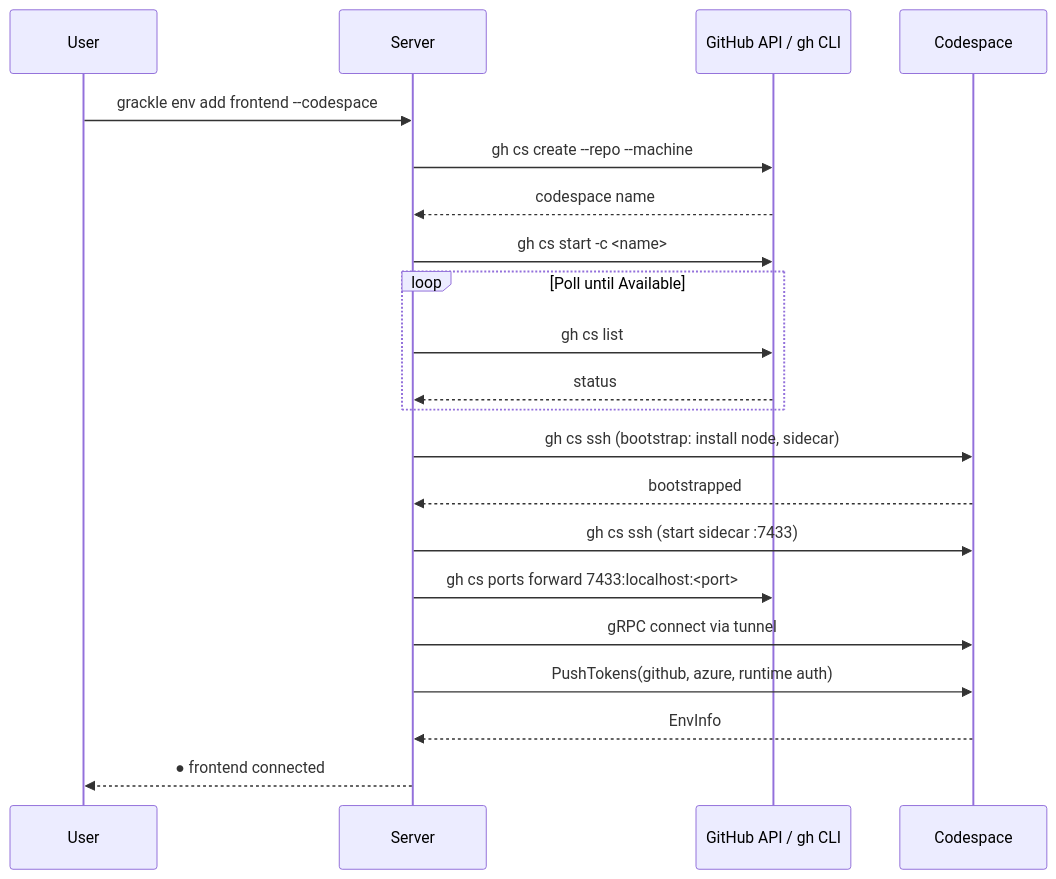
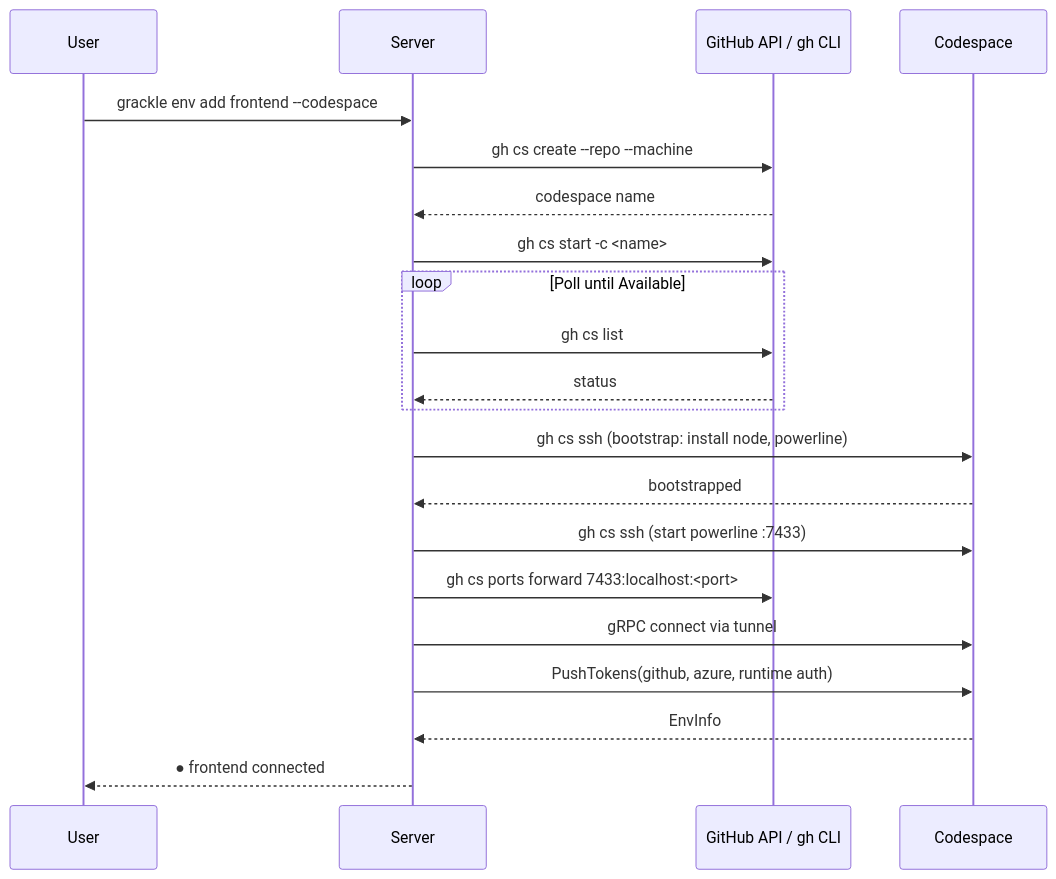
One commit to nick-pape/grackle changed the second of 5 diagrams in specs/v0.md. Above: the diagram before and after it, drawn with Mermaid. The commit also changed other lines of this file and 45 other files, not shown here.

````diff
--- a/specs/v0.md
+++ b/specs/v0.md
@@ -166,24 +166,24 @@
 ```mermaid
 sequenceDiagram
     participant User
     participant Server
     participant GH as GitHub API / gh CLI
     participant CS as Codespace
 
     User->>Server: grackle env add frontend --codespace
     Server->>GH: gh cs create --repo --machine
     GH-->>Server: codespace name
     Server->>GH: gh cs start -c <name>
     loop Poll until Available
         Server->>GH: gh cs list
         GH-->>Server: status
     end
-    Server->>CS: gh cs ssh (bootstrap: install node, sidecar)
+    Server->>CS: gh cs ssh (bootstrap: install node, powerline)
     CS-->>Server: bootstrapped
-    Server->>CS: gh cs ssh (start sidecar :7433)
+    Server->>CS: gh cs ssh (start powerline :7433)
     Server->>GH: gh cs ports forward 7433:localhost:<port>
     Server->>CS: gRPC connect via tunnel
     Server->>CS: PushTokens(github, azure, runtime auth)
     CS-->>Server: EnvInfo
     Server-->>User: ● frontend connected
 ```
````
